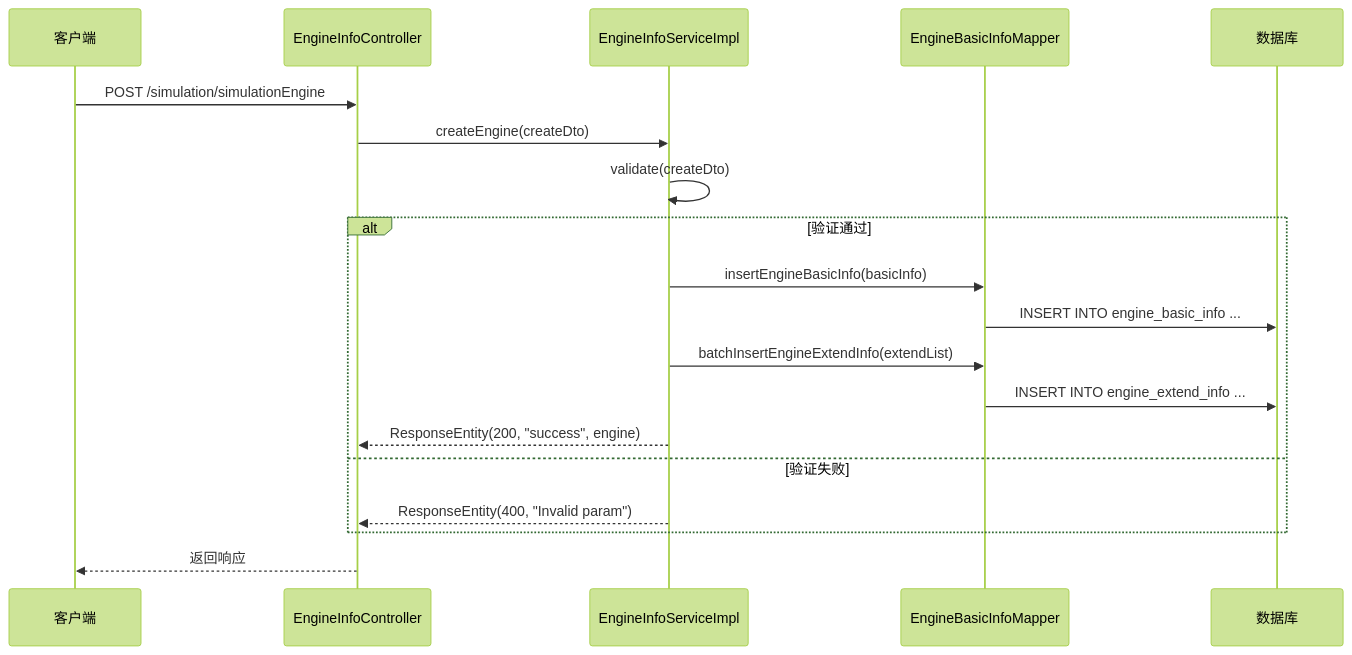
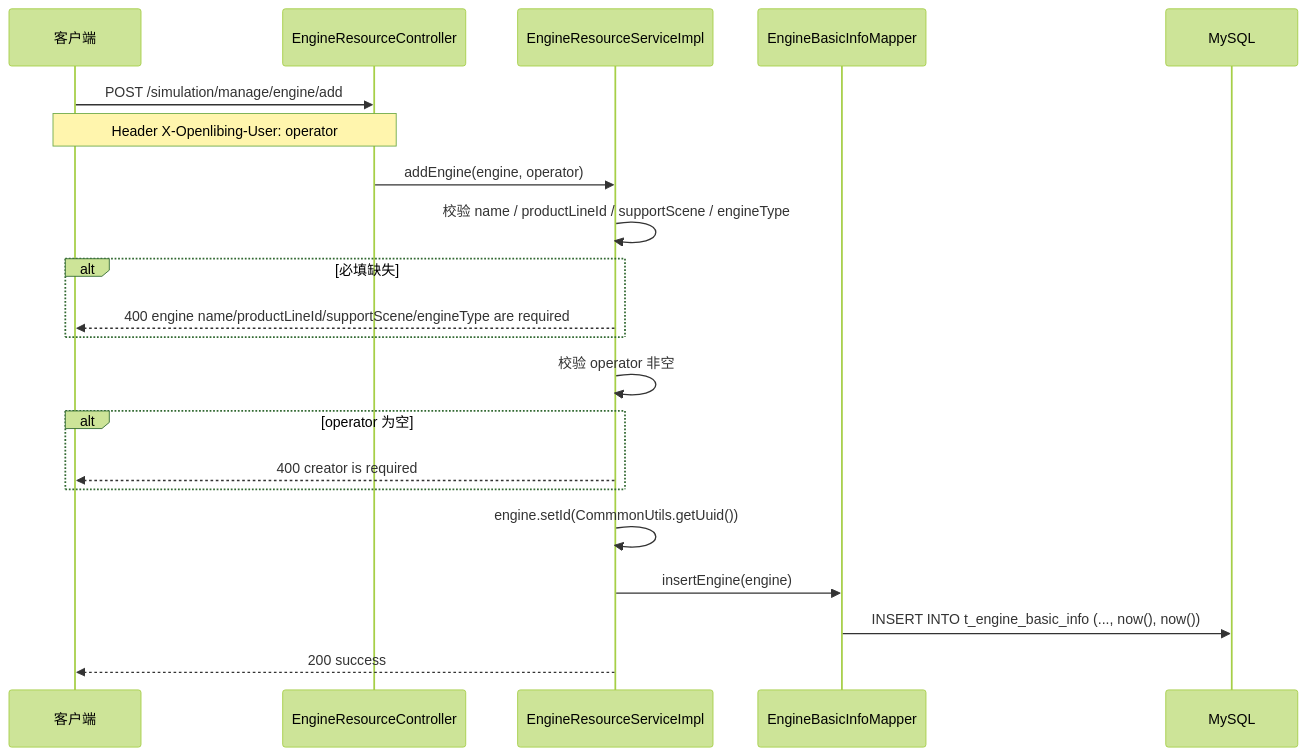
The first of 3 diagrams in spec/openlibing-simulation/system_design/引擎信息管理系统设计.md (ozvale/openlibing-docs), drawn with Mermaid (forest theme) before and after one commit. The commit also changed other lines of this file, not shown here.

First line of the commit message:
docs(spec/openlibing-simulation): 重写引擎信息管理系统设计对齐代码实现

````diff
--- a/spec/openlibing-simulation/system_design/引擎信息管理系统设计.md
+++ b/spec/openlibing-simulation/system_design/引擎信息管理系统设计.md
@@ -39,27 +78,24 @@
 ```mermaid
 sequenceDiagram
-    participant Client as 客户端
-    participant Controller as EngineInfoController
-    participant Service as EngineInfoServiceImpl
-    participant Mapper as EngineBasicInfoMapper
-    participant DB as 数据库
+    participant C as 客户端
+    participant Ctrl as EngineResourceController
+    participant Svc as EngineResourceServiceImpl
+    participant M as EngineBasicInfoMapper
+    participant DB as MySQL
 
-    Client->>Controller: POST /simulation/simulationEngine
-    Controller->>Service: createEngine(createDto)
-    
-    Service->>Service: validate(createDto)
-    
-    alt 验证通过
-        Service->>Mapper: insertEngineBasicInfo(basicInfo)
-        Mapper->>DB: INSERT INTO engine_basic_info ...
-        
-        Service->>Mapper: batchInsertEngineExtendInfo(extendList)
-        Mapper->>DB: INSERT INTO engine_extend_info ...
-        
-        Service-->>Controller: ResponseEntity(200, "success", engine)
-    else 验证失败
-        Service-->>Controller: ResponseEntity(400, "Invalid param")
+    C->>Ctrl: POST /simulation/manage/engine/add
+    Note over C,Ctrl: Header X-Openlibing-User: operator
+    Ctrl->>Svc: addEngine(engine, operator)
+    Svc->>Svc: 校验 name / productLineId / supportScene / engineType
+    alt 必填缺失
+        Svc-->>C: 400 engine name/productLineId/supportScene/engineType are required
     end
-    
-    Controller-->>Client: 返回响应
+    Svc->>Svc: 校验 operator 非空
+    alt operator 为空
+        Svc-->>C: 400 creator is required
+    end
+    Svc->>Svc: engine.setId(CommmonUtils.getUuid())
+    Svc->>M: insertEngine(engine)
+    M->>DB: INSERT INTO t_engine_basic_info (..., now(), now())
+    Svc-->>C: 200 success
 ```
````
